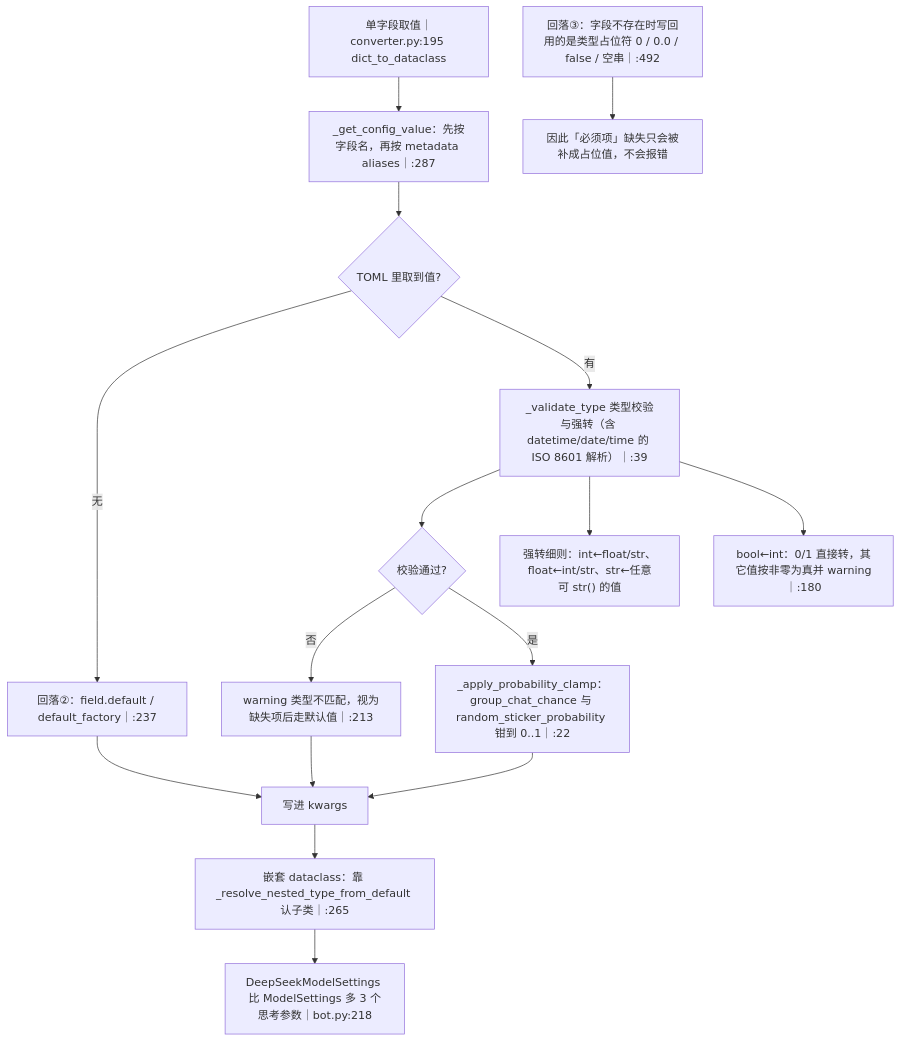
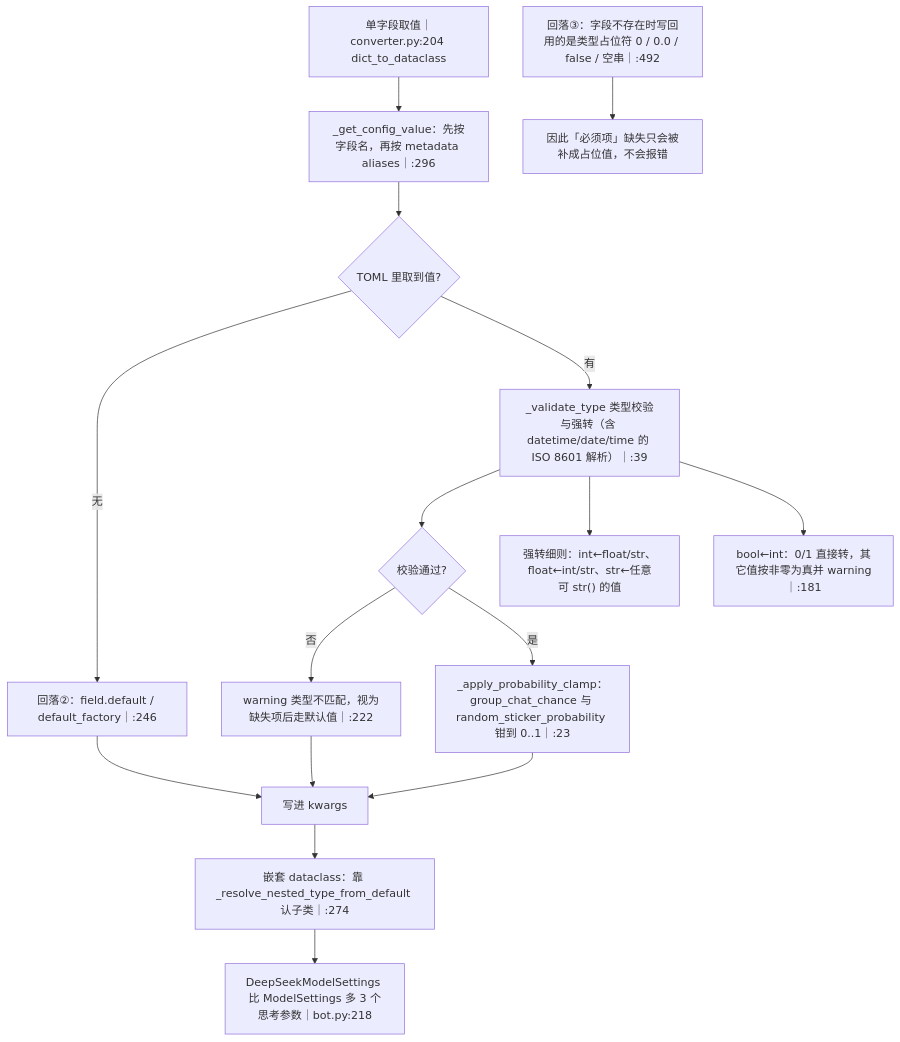
Before and after one commit to SuperQuail/NeoBot: the sixth of 12 diagrams in docs/flow/01b-config-system.md, drawn with Mermaid. The commit also changed other lines of this file and 1 other file, not shown here.

Commit message:
docs(flow): 补齐流程图里的行号与 Annotated 说明
复审指出上一版只覆盖了部分引用：

- `01b-config-system`：本 PR 给 `converter.py` 增加了 9 行，同图其余引用仍是旧行号，
  逐处修正（`dict_to_dataclass` 195→204、`_get_config_value` 287→296、
  `_resolve_nested_type_from_default` 265→274、`dataclass_to_toml` 347→356、
  `_apply_probability_clamp` 22→23、bool←int 180→181、默认值回落 237→246、
  类型不匹配告警 213→222、概率字段表 16→17、文件头注释 360→369）。
- `09c-dashboard-config`：`_type_name` 与 `_is_optional` 两处节点原先没改到，
  补上「剥 Annotated、datetime/date/time 归同名 kind」与 `_is_optional` 同样剥壳。

验证：`python scripts/flow/check_flow_diagrams.py --strict-drift` → 阻断 0 项；
`01b` 仍是 495 行全 CRLF（按字节替换，没有整篇重写）。

````diff
--- a/docs/flow/01b-config-system.md
+++ b/docs/flow/01b-config-system.md
@@ -235,18 +235,18 @@
 ```mermaid
 flowchart TD
-    A["单字段取值｜converter.py:195 dict_to_dataclass"] --> B["_get_config_value：先按字段名，再按 metadata aliases｜:287"]
+    A["单字段取值｜converter.py:204 dict_to_dataclass"] --> B["_get_config_value：先按字段名，再按 metadata aliases｜:296"]
     B --> C{"TOML 里取到值?"}
-    C -- 无 --> D["回落②：field.default / default_factory｜:237"]
+    C -- 无 --> D["回落②：field.default / default_factory｜:246"]
     C -- 有 --> E["_validate_type 类型校验与强转（含 datetime/date/time 的 ISO 8601 解析）｜:39"]
     E --> F{"校验通过?"}
-    F -- 否 --> G["warning 类型不匹配，视为缺失项后走默认值｜:213"]
-    F -- 是 --> H["_apply_probability_clamp：group_chat_chance 与 random_sticker_probability 钳到 0..1｜:22"]
+    F -- 否 --> G["warning 类型不匹配，视为缺失项后走默认值｜:222"]
+    F -- 是 --> H["_apply_probability_clamp：group_chat_chance 与 random_sticker_probability 钳到 0..1｜:23"]
     H --> I["写进 kwargs"]
     D --> I
     G --> I
-    I --> J["嵌套 dataclass：靠 _resolve_nested_type_from_default 认子类｜:265"]
+    I --> J["嵌套 dataclass：靠 _resolve_nested_type_from_default 认子类｜:274"]
     J --> K["DeepSeekModelSettings 比 ModelSettings 多 3 个思考参数｜bot.py:218"]
     E --> L["强转细则：int←float/str、float←int/str、str←任意可 str() 的值"]
-    E --> M["bool←int：0/1 直接转，其它值按非零为真并 warning｜:180"]
+    E --> M["bool←int：0/1 直接转，其它值按非零为真并 warning｜:181"]
     N["回落③：字段不存在时写回用的是类型占位符 0 / 0.0 / false / 空串｜:492"] --> O["因此「必须项」缺失只会被补成占位值，不会报错"]
 ```
````
